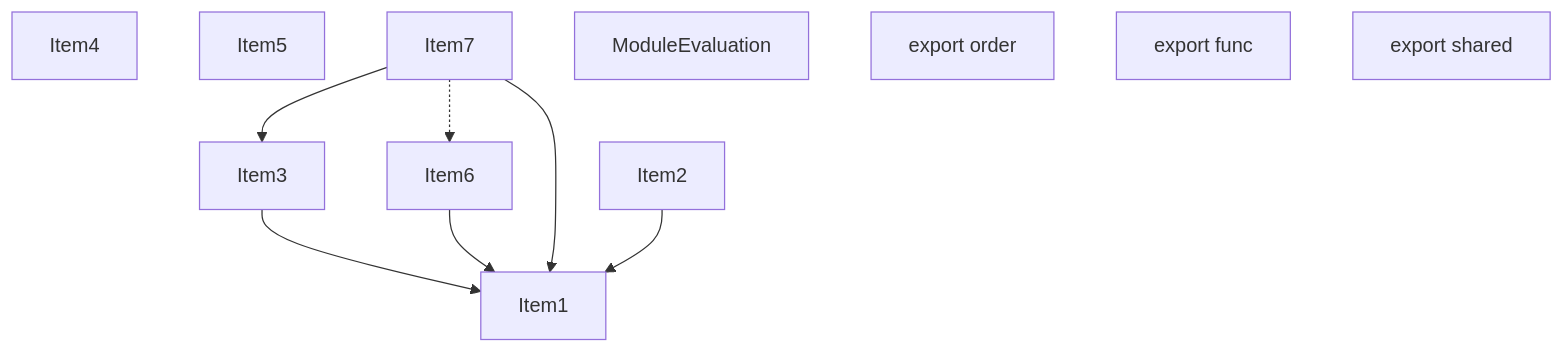
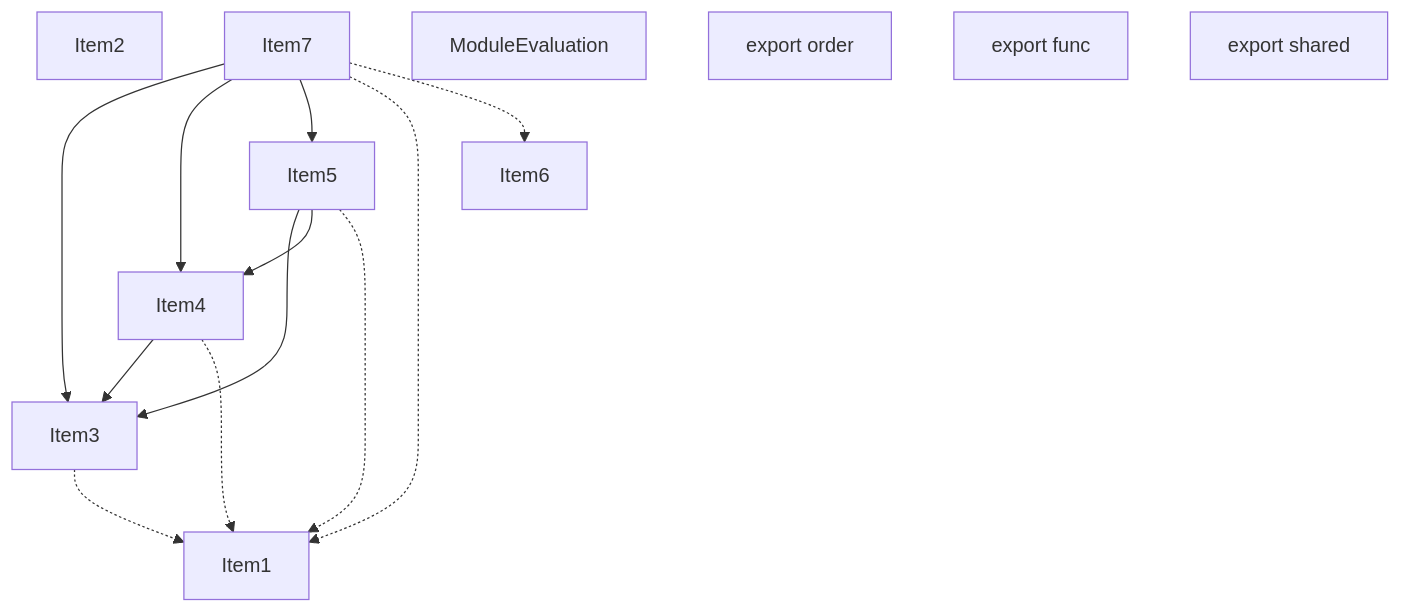
The third of 5 diagrams in crates/turbopack-ecmascript/tests/tree-shaker/analyzer/write-order/output.md (vercel/turborepo), drawn with Mermaid before and after one commit. The commit also changed other lines of this file and 12 other files, not shown here.

````diff
--- a/crates/turbopack-ecmascript/tests/tree-shaker/analyzer/write-order/output.md
+++ b/crates/turbopack-ecmascript/tests/tree-shaker/analyzer/write-order/output.md
@@ -128,24 +135,29 @@
 ```mermaid
 graph TD
     Item1;
     Item2;
     Item3;
     Item4;
     Item5;
     Item6;
     Item7;
     Item8;
     Item8["ModuleEvaluation"];
     Item9;
     Item9["export order"];
     Item10;
     Item10["export func"];
     Item11;
     Item11["export shared"];
-    Item3 --> Item1;
-    Item6 --> Item1;
-    Item7 --> Item1;
+    Item3 -.-> Item1;
+    Item4 --> Item3;
+    Item4 -.-> Item1;
+    Item5 --> Item3;
+    Item5 --> Item4;
+    Item5 -.-> Item1;
     Item7 --> Item3;
+    Item7 --> Item4;
+    Item7 --> Item5;
+    Item7 -.-> Item1;
     Item7 -.-> Item6;
-    Item2 --> Item1;
 ```
````
